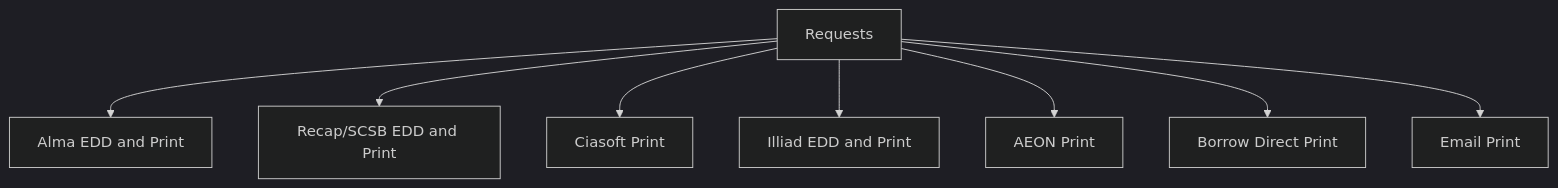
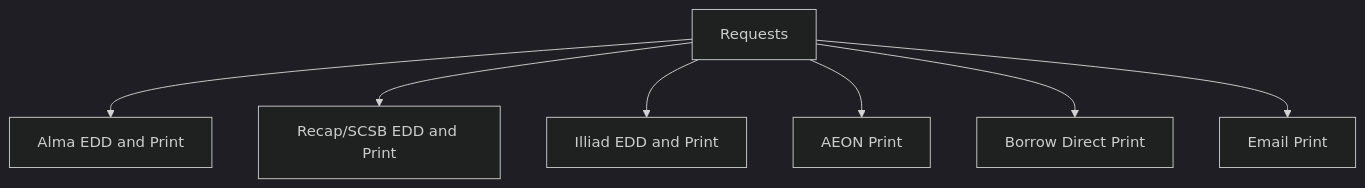
The first of 3 diagrams in docs/requests/README.md (pulibrary/orangelight), drawn with Mermaid (dark theme) before and after one commit. The commit also changed 1 other file, not shown here.

Commit message:
Add documentation for marquand requests

````diff
--- a/docs/requests/README.md
+++ b/docs/requests/README.md
@@ -8,12 +8,11 @@
 ```mermaid
   graph TD;
   accTitle: External interfaces used to make requests in orangelight.
-  accDescr: These interfaces are Alma EDD and Print, Recap/SCSB EDD and Print, Ciasoft Print, Illiad EDD and Print, AEON Print, Borrow Direct Print, Email Print.
+  accDescr: These interfaces are Alma EDD and Print, Recap/SCSB EDD and Print, Illiad EDD and Print, AEON Print, Borrow Direct Print, Email Print.
       A[Requests]-->B[Alma EDD and Print];
       A[Requests]-->C[Recap/SCSB EDD and Print];
-      A[Requests]-->D[Ciasoft Print];
-      A[Requests]-->E[Illiad EDD and Print];
-      A[Requests]-->F[AEON Print];
-      A[Requests]-->G[Borrow Direct Print];
-      A[Requests]-->H[Email Print];
+      A[Requests]-->D[Illiad EDD and Print];
+      A[Requests]-->E[AEON Print];
+      A[Requests]-->F[Borrow Direct Print];
+      A[Requests]-->G[Email Print];
 ```
````
